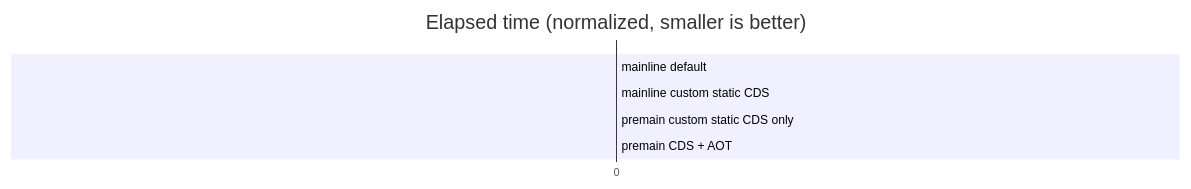
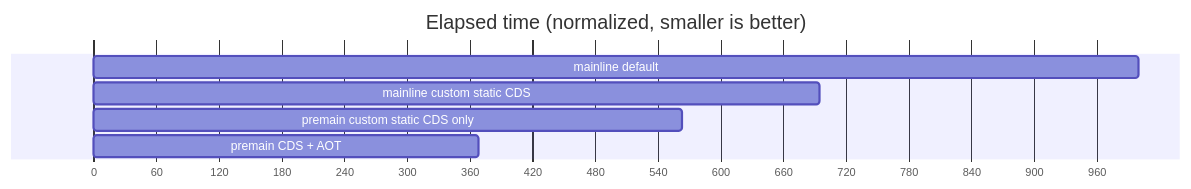
One commit to openjdk/leyden changed the fourth of 4 diagrams in test/hotspot/jtreg/premain/README.md. Above: the diagram before and after it, drawn with Mermaid. The commit also changed other lines of this file, not shown here.

Commit message:
Fixed graphs in MD file

````diff
--- a/test/hotspot/jtreg/premain/README.md
+++ b/test/hotspot/jtreg/premain/README.md
@@ -94,12 +94,12 @@
 ```mermaid
 gantt
     title Elapsed time (normalized, smaller is better)
     todayMarker off
     dateFormat  X
     axisFormat %s
 
-    mainline default   : 0, 1.00000
-    mainline custom static CDS   : 0, 0.69565
-    premain custom static CDS only   : 0, 0.56353
-    premain CDS + AOT   : 0, 0.36867
+    mainline default   : 0, 1000
+    mainline custom static CDS   : 0, 695
+    premain custom static CDS only   : 0, 563
+    premain CDS + AOT   : 0, 368
 ```
````
